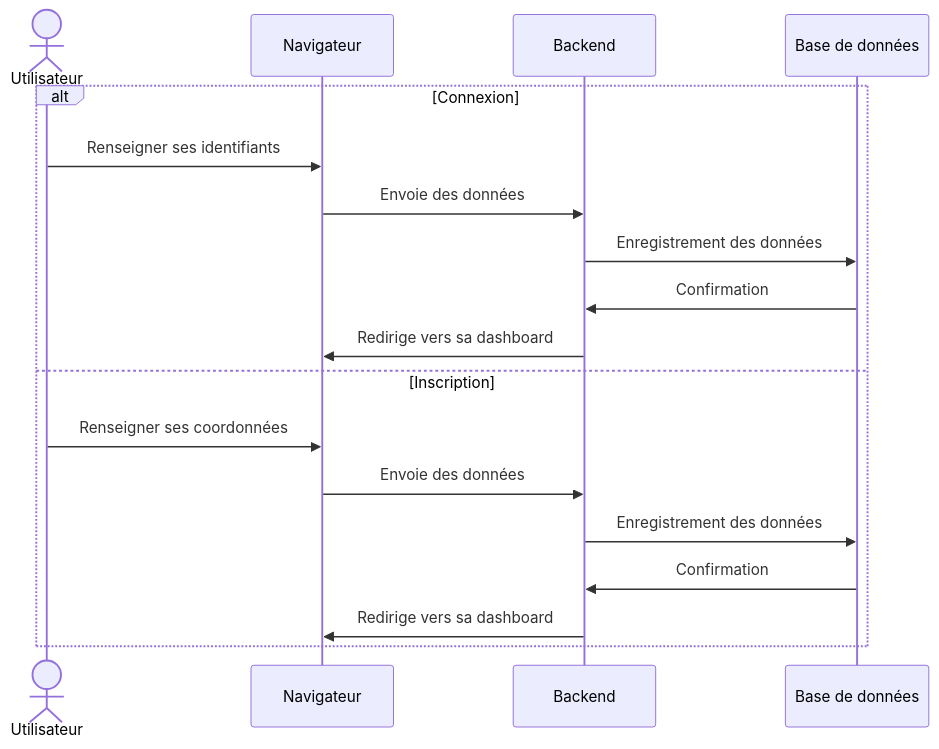
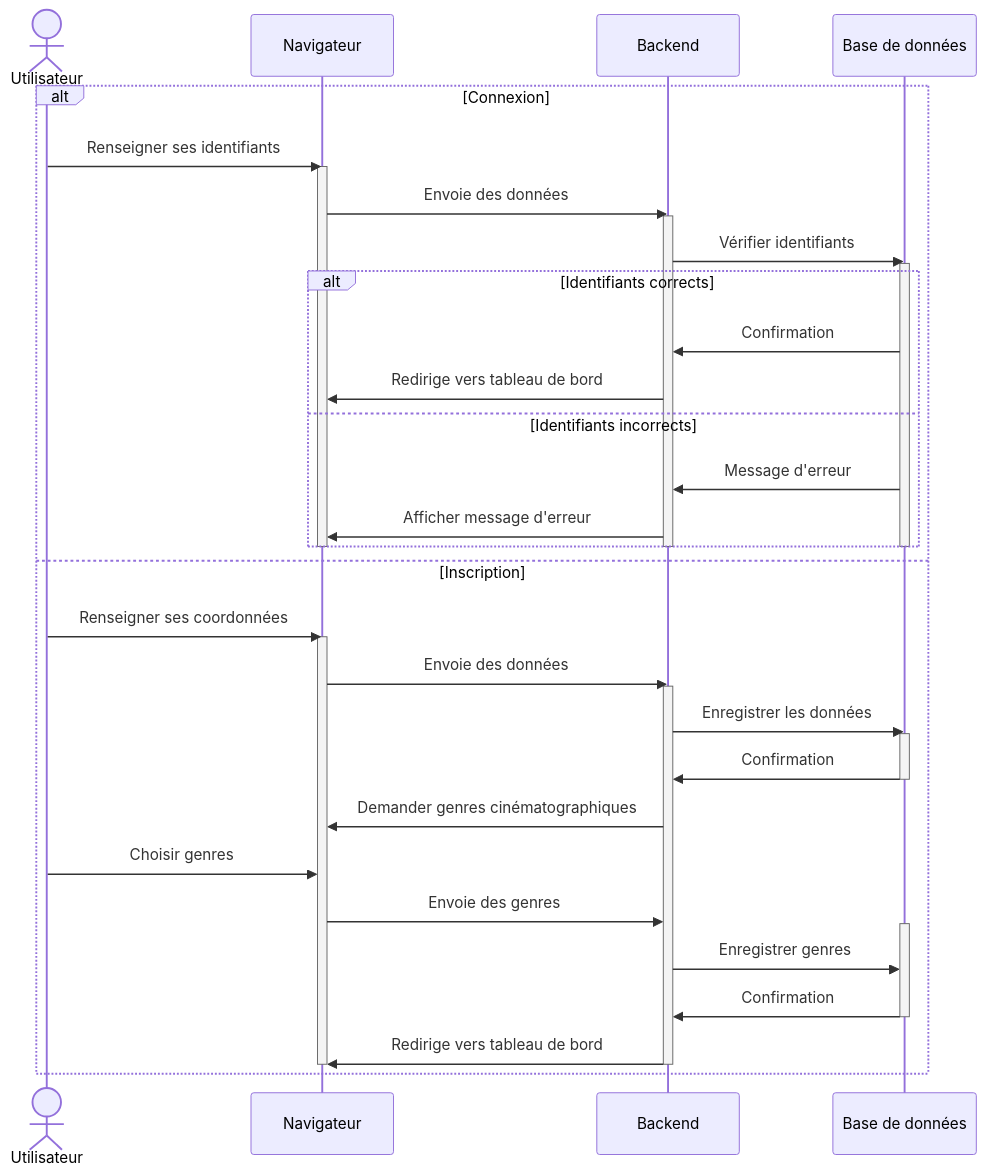
The diagram in docs/conception/sequence_diagrams/conception/log_in-sign_in.md (St4r4x/MovieMania), drawn with Mermaid before and after one commit. The commit also changed 1 other file, not shown here.

Commit message:
chore: Update login and sign-in sequence diagram

````diff
--- a/docs/conception/sequence_diagrams/conception/log_in-sign_in.md
+++ b/docs/conception/sequence_diagrams/conception/log_in-sign_in.md
@@ -1,21 +1,45 @@
 ```mermaid
 sequenceDiagram
     actor Utilisateur
     participant Navigateur
     participant Controleur as Backend
     participant Entite as Base de données
 
     alt Connexion
         Utilisateur ->> Navigateur: Renseigner ses identifiants
+        activate Navigateur
         Navigateur ->> Controleur: Envoie des données
-        Controleur ->> Entite: Enregistrement des données
-        Entite ->> Controleur: Confirmation
-        Controleur ->> Navigateur: Redirige vers sa dashboard
+        activate Controleur
+        Controleur ->> Entite: Vérifier identifiants
+        activate Entite
+        alt Identifiants corrects
+            Entite ->> Controleur: Confirmation
+            Controleur ->> Navigateur: Redirige vers tableau de bord
+        else Identifiants incorrects
+            Entite ->> Controleur: Message d'erreur
+            Controleur ->> Navigateur: Afficher message d'erreur
+        end
+        deactivate Entite
+        deactivate Controleur
+        deactivate Navigateur
     else Inscription
         Utilisateur ->> Navigateur: Renseigner ses coordonnées
+        activate Navigateur
         Navigateur ->> Controleur: Envoie des données
-        Controleur ->> Entite: Enregistrement des données
+        activate Controleur
+        Controleur ->> Entite: Enregistrer les données
+        activate Entite
         Entite ->> Controleur: Confirmation
-        Controleur ->> Navigateur: Redirige vers sa dashboard
+        deactivate Entite
+        Controleur ->> Navigateur: Demander genres cinématographiques
+        Utilisateur ->> Navigateur: Choisir genres
+        Navigateur ->> Controleur: Envoie des genres
+        activate Entite
+        Controleur ->> Entite: Enregistrer genres
+        Entite ->> Controleur: Confirmation
+        deactivate Entite
+        Controleur ->> Navigateur: Redirige vers tableau de bord
+        deactivate Controleur
+        deactivate Navigateur
     end
 ```
````
